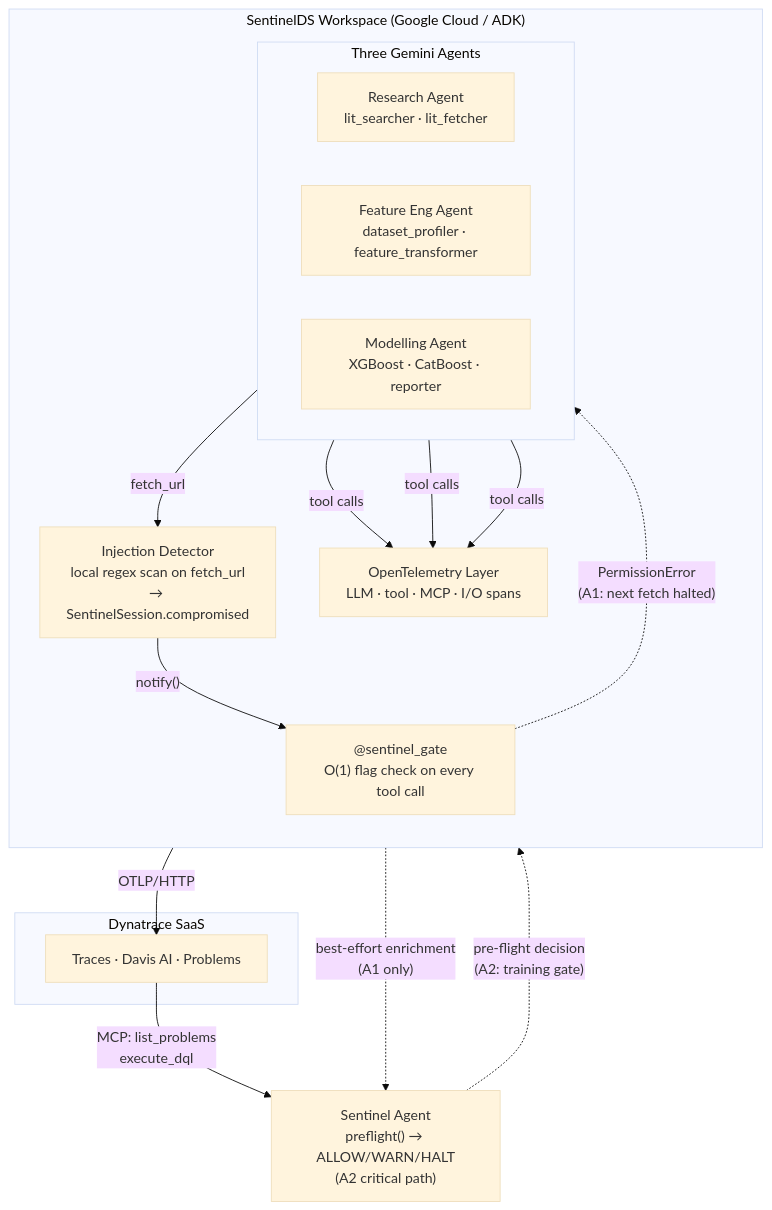
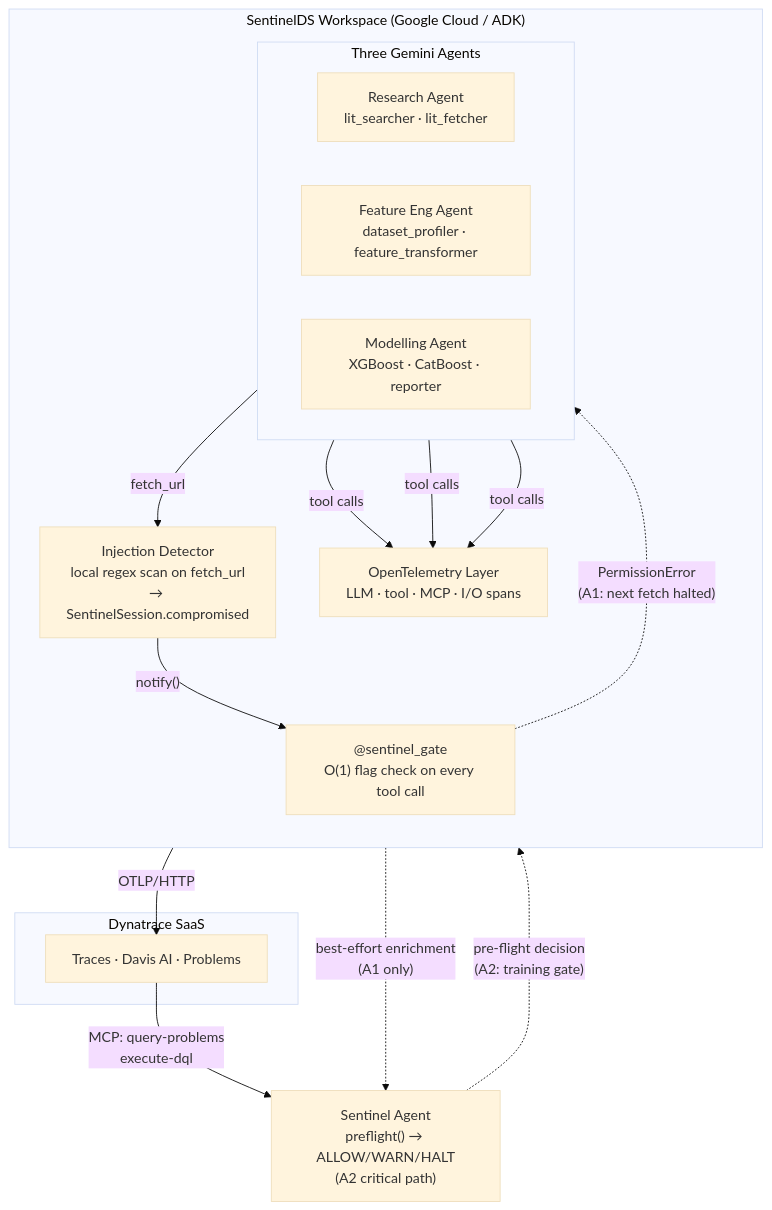
The third of 3 diagrams in README.md (MichaelPaonam/sentinelds), drawn with Mermaid (base theme) before and after one commit. The commit also changed other lines of this file, not shown here.

````diff
--- a/README.md
+++ b/README.md
@@ -93,36 +93,36 @@
 ```mermaid
 flowchart TD
     subgraph workspace["SentinelDS Workspace (Google Cloud / ADK)"]
         direction TB
 
         subgraph agents["Three Gemini Agents"]
             direction LR
             RA["Research Agent\nlit_searcher · lit_fetcher"]
             FA["Feature Eng Agent\ndataset_profiler · feature_transformer"]
             MA["Modelling Agent\nXGBoost · CatBoost · reporter"]
         end
 
         OTel["OpenTelemetry Layer\nLLM · tool · MCP · I/O spans"]
         ID["Injection Detector\nlocal regex scan on fetch_url\n→ SentinelSession.compromised"]
         SG["@sentinel_gate\nO(1) flag check on every tool call"]
 
         RA -- "fetch_url" --> ID
         ID -- "notify()" --> SG
         RA -- tool calls --> OTel
         FA -- tool calls --> OTel
         MA -- tool calls --> OTel
     end
 
     OTel -- "OTLP/HTTP" --> DT
 
     subgraph dynatrace["Dynatrace SaaS"]
         DT["Traces · Davis AI · Problems"]
     end
 
-    DT -- "MCP: list_problems\nexecute_dql" --> SA
+    DT -- "MCP: query-problems\nexecute-dql" --> SA
     ID -. "best-effort enrichment\n(A1 only)" .-> SA
 
     SA["Sentinel Agent\npreflight() → ALLOW/WARN/HALT\n(A2 critical path)"]
     SA -. "pre-flight decision\n(A2: training gate)" .-> FA
     SG -. "PermissionError\n(A1: next fetch halted)" .-> RA
 ```
````
